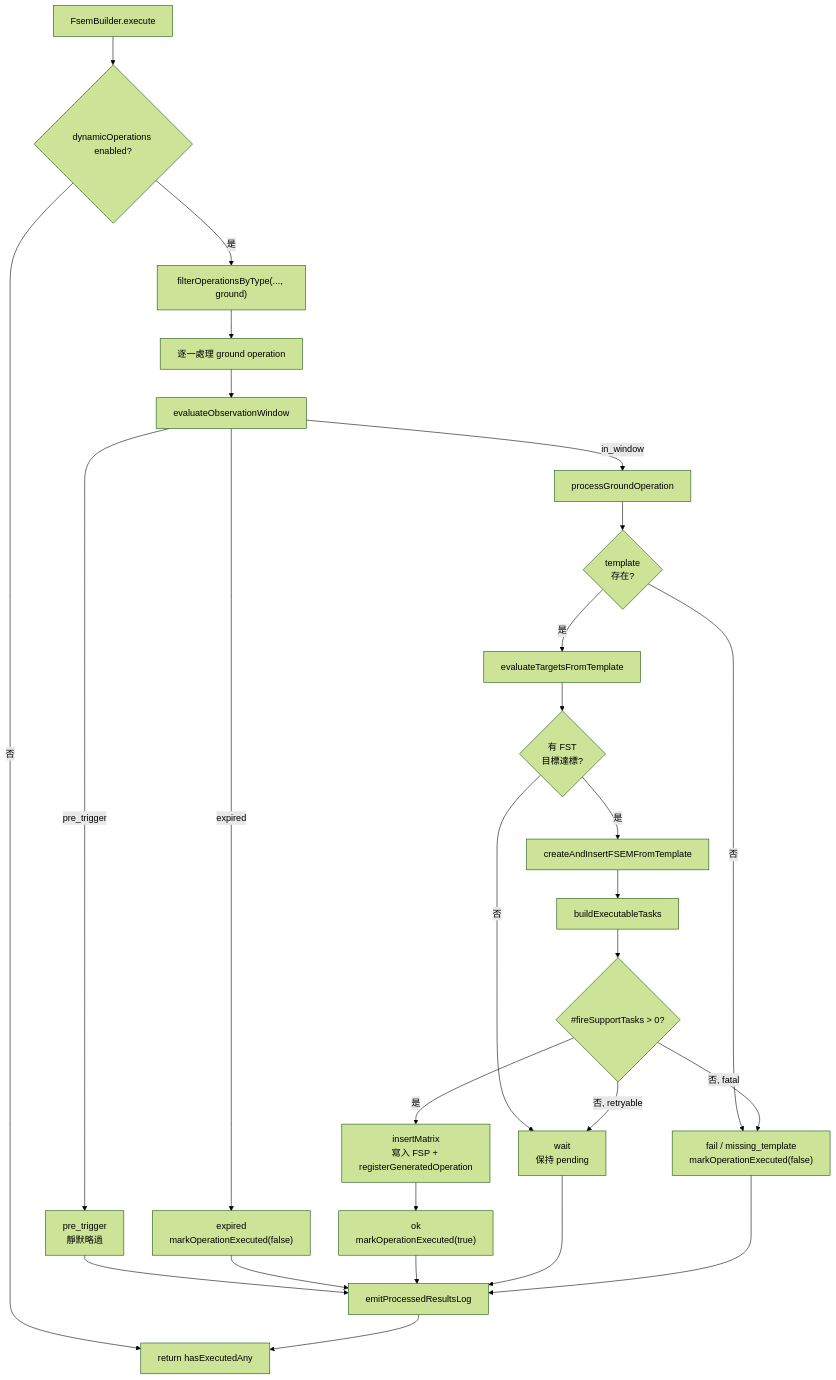
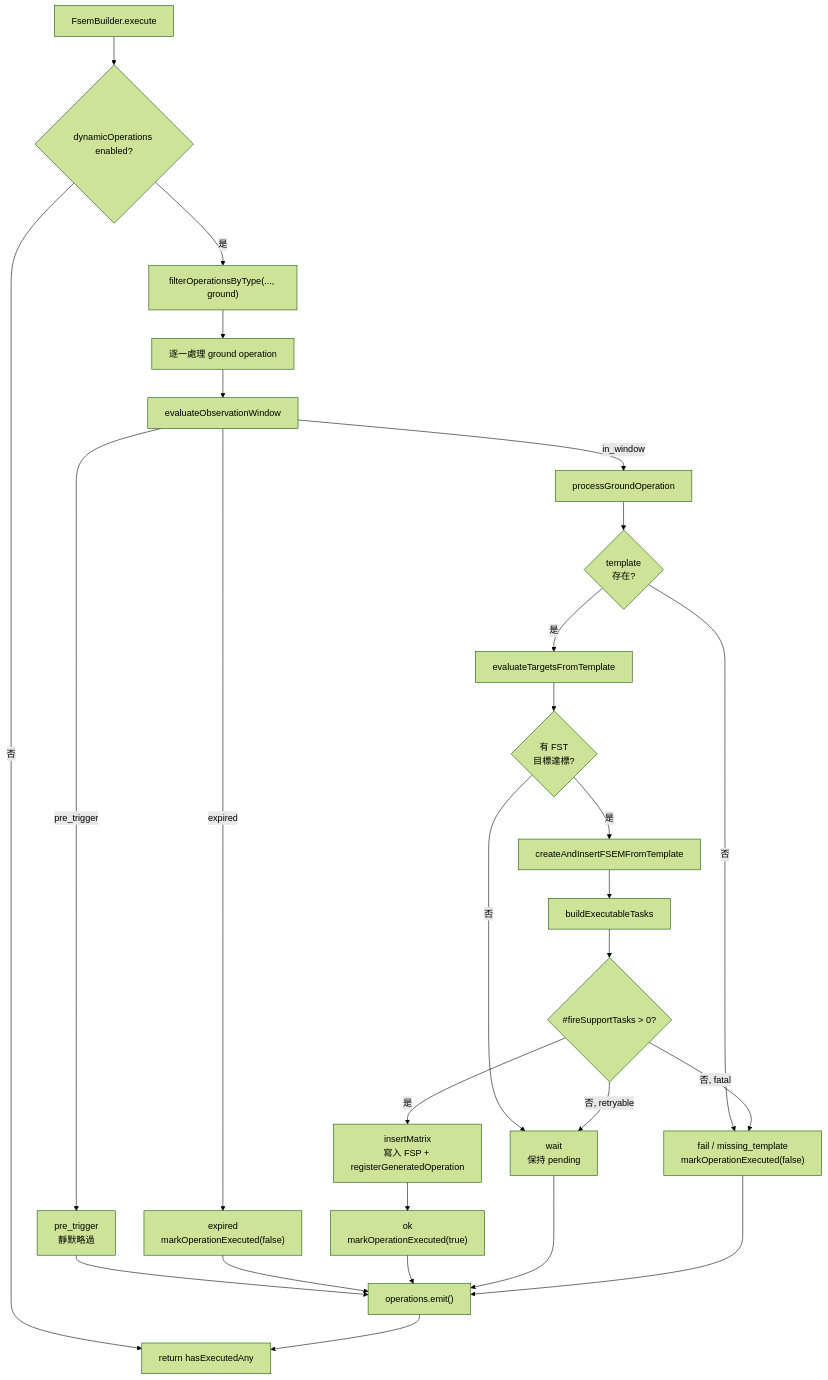
The second of 2 diagrams in docs/strikePlanner/fsemBuilder.md (pullupjumper/formosa-in-flames), drawn with Mermaid (forest theme) before and after one commit. The commit also changed other lines of this file and 58 other files, not shown here.

````diff
--- a/docs/strikePlanner/fsemBuilder.md
+++ b/docs/strikePlanner/fsemBuilder.md
@@ -104,41 +118,41 @@
 ```mermaid
 flowchart TD
     ENTRY["FsemBuilder.execute"]
     ENABLED{"dynamicOperations enabled?"}
     FILTER["filterOperationsByType(..., ground)"]
     LOOP["逐一處理 ground operation"]
     WINDOW["evaluateObservationWindow"]
     PRE["pre_trigger<br>靜默略過"]
     EXPIRED["expired<br>markOperationExecuted(false)"]
     PROCESS["processGroundOperation"]
     TEMPLATE{"template<br>存在?"}
     TARGETS["evaluateTargetsFromTemplate"]
     TARGET_OK{"有 FST<br>目標達標?"}
     CREATE["createAndInsertFSEMFromTemplate"]
     BUILD["buildExecutableTasks"]
     TASK_OK{"#fireSupportTasks > 0?"}
     INSERT["insertMatrix<br>寫入 FSP + registerGeneratedOperation"]
     OK["ok<br>markOperationExecuted(true)"]
     WAIT["wait<br>保持 pending"]
     FAIL["fail / missing_template<br>markOperationExecuted(false)"]
-    LOG["emitProcessedResultsLog"]
+    LOG["operations.emit()"]
     RETURN["return hasExecutedAny"]
 
     ENTRY --> ENABLED
     ENABLED -->|否| RETURN
     ENABLED -->|是| FILTER --> LOOP --> WINDOW
     WINDOW -->|pre_trigger| PRE --> LOG
     WINDOW -->|expired| EXPIRED --> LOG
     WINDOW -->|in_window| PROCESS --> TEMPLATE
     TEMPLATE -->|否| FAIL
     TEMPLATE -->|是| TARGETS --> TARGET_OK
     TARGET_OK -->|否| WAIT
     TARGET_OK -->|是| CREATE --> BUILD --> TASK_OK
     TASK_OK -->|否, retryable| WAIT
     TASK_OK -->|否, fatal| FAIL
     TASK_OK -->|是| INSERT --> OK
     OK --> LOG
     WAIT --> LOG
     FAIL --> LOG
     LOG --> RETURN
 ```
````
